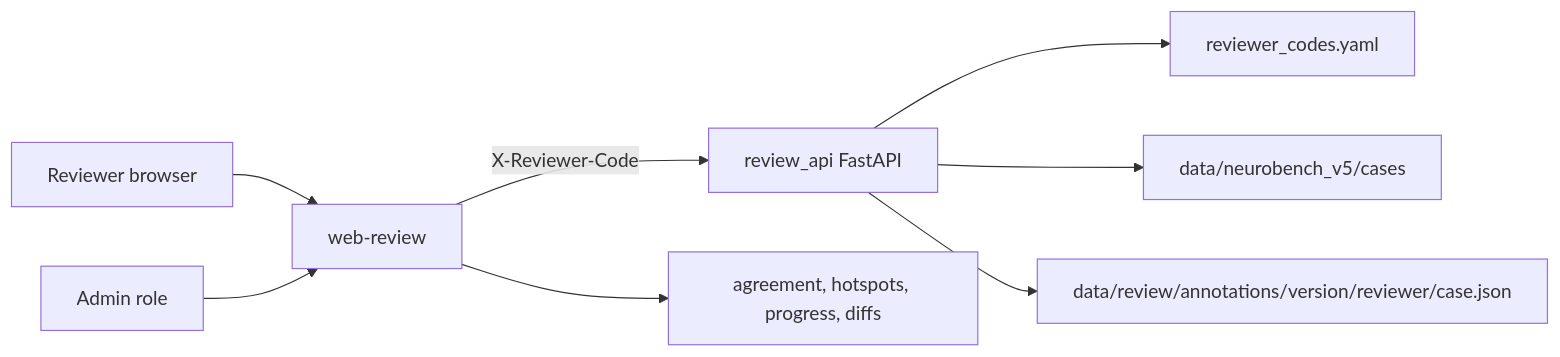
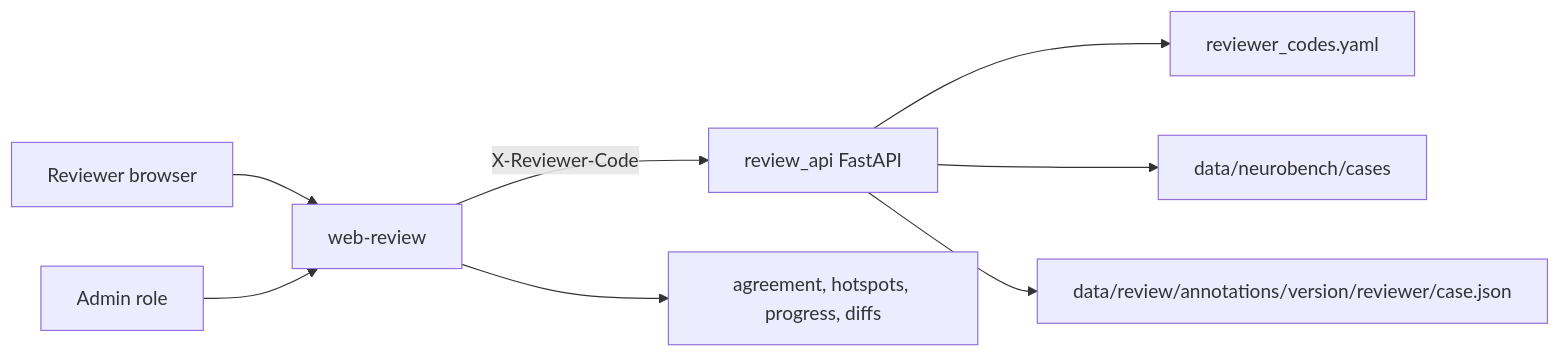
The ninth of 10 diagrams in ARCHITECTURE_REPO_BREAKDOWN.md (Prot10/medical-agents), drawn with Mermaid before and after one commit. The commit also changed other lines of this file and 41 other files, not shown here.

````diff
--- a/ARCHITECTURE_REPO_BREAKDOWN.md
+++ b/ARCHITECTURE_REPO_BREAKDOWN.md
@@ -257,10 +257,10 @@
 ```mermaid
 flowchart LR
   Reviewer[Reviewer browser] --> ReviewUI[web-review]
   ReviewUI -->|X-Reviewer-Code| ReviewAPI[review_api FastAPI]
   ReviewAPI --> Registry[reviewer_codes.yaml]
-  ReviewAPI --> Cases[data/neurobench_v5/cases]
+  ReviewAPI --> Cases[data/neurobench/cases]
   ReviewAPI --> Annotations[data/review/annotations/version/reviewer/case.json]
   Admin[Admin role] --> ReviewUI
   ReviewUI --> Aggregates[agreement, hotspots, progress, diffs]
 ```
````
